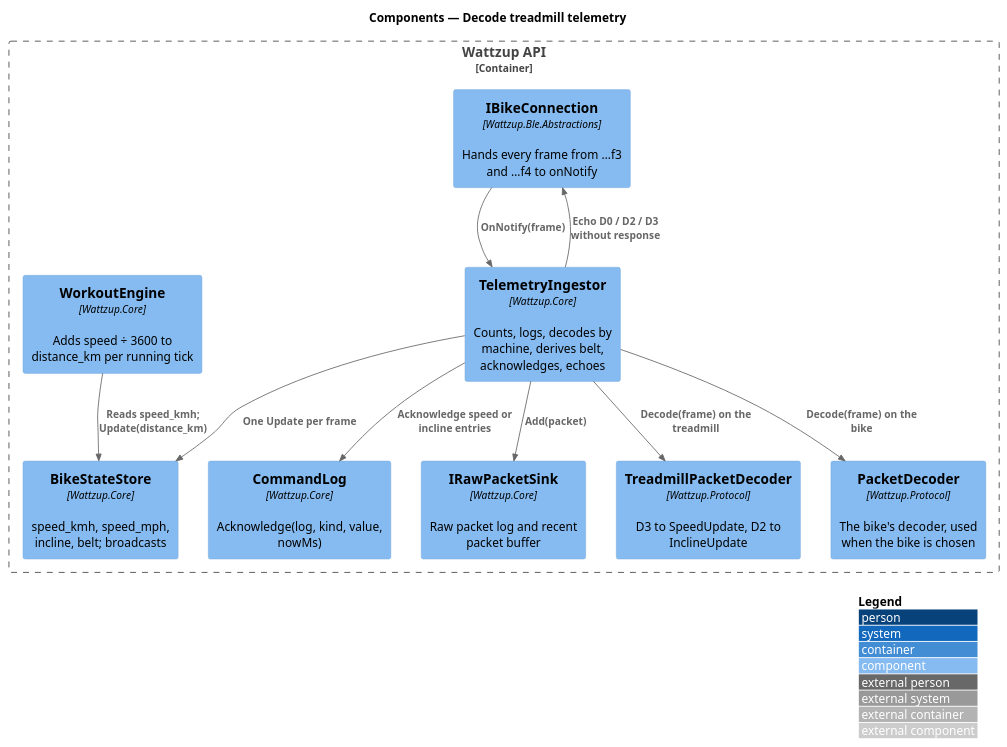
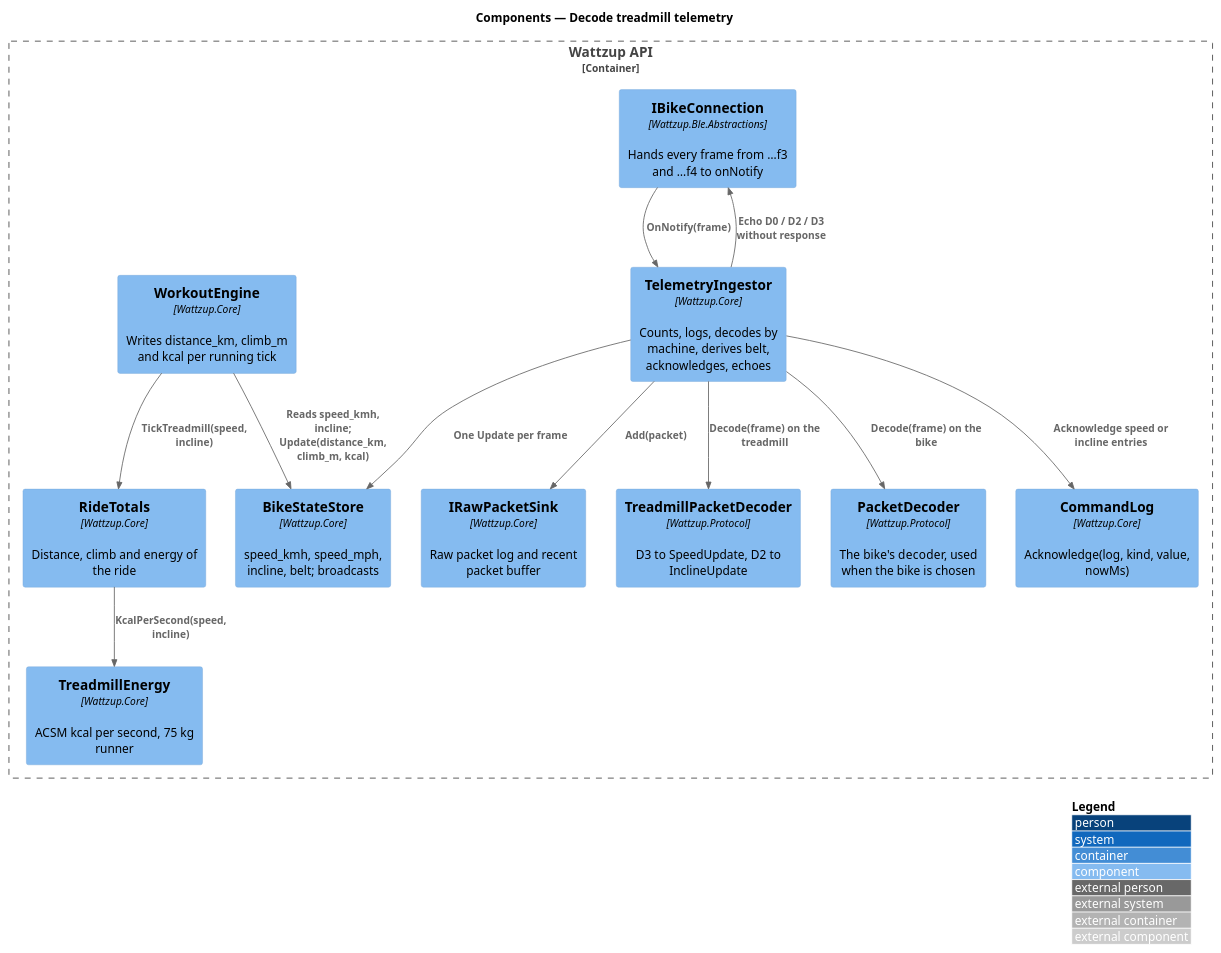
One commit to QuinntyneBrown/ride-one changed the diagram in docs/detailed-designs/treadmill/decode-treadmill-telemetry/diagrams/c4-component.puml. Above: the diagram before and after it, drawn with PlantUML. The commit also changed 151 other files, not shown here.

```diff
--- a/docs/detailed-designs/treadmill/decode-treadmill-telemetry/diagrams/c4-component.puml
+++ b/docs/detailed-designs/treadmill/decode-treadmill-telemetry/diagrams/c4-component.puml
@@ -1,25 +1,29 @@
 @startuml
 !include <C4/C4_Component>
 LAYOUT_WITH_LEGEND()
 title Components — Decode treadmill telemetry
 
 Container_Boundary(api, "Wattzup API") {
   Component(conn, "IBikeConnection", "Wattzup.Ble.Abstractions", "Hands every frame from …f3 and …f4 to onNotify")
   Component(ingest, "TelemetryIngestor", "Wattzup.Core", "Counts, logs, decodes by machine, derives belt, acknowledges, echoes")
   Component(dec, "TreadmillPacketDecoder", "Wattzup.Protocol", "D3 to SpeedUpdate, D2 to InclineUpdate")
   Component(bikeDec, "PacketDecoder", "Wattzup.Protocol", "The bike's decoder, used when the bike is chosen")
   Component(log, "CommandLog", "Wattzup.Core", "Acknowledge(log, kind, value, nowMs)")
   Component(sinks, "IRawPacketSink", "Wattzup.Core", "Raw packet log and recent packet buffer")
   Component(store, "BikeStateStore", "Wattzup.Core", "speed_kmh, speed_mph, incline, belt; broadcasts")
-  Component(engine, "WorkoutEngine", "Wattzup.Core", "Adds speed ÷ 3600 to distance_km per running tick")
+  Component(engine, "WorkoutEngine", "Wattzup.Core", "Writes distance_km, climb_m and kcal per running tick")
+  Component(totals, "RideTotals", "Wattzup.Core", "Distance, climb and energy of the ride")
+  Component(energy, "TreadmillEnergy", "Wattzup.Core", "ACSM kcal per second, 75 kg runner")
 }
 
 Rel(conn, ingest, "OnNotify(frame)")
 Rel(ingest, sinks, "Add(packet)")
 Rel(ingest, dec, "Decode(frame) on the treadmill")
 Rel(ingest, bikeDec, "Decode(frame) on the bike")
 Rel(ingest, log, "Acknowledge speed or incline entries")
 Rel(ingest, store, "One Update per frame")
 Rel(ingest, conn, "Echo D0 / D2 / D3 without response")
-Rel(engine, store, "Reads speed_kmh; Update(distance_km)")
+Rel(engine, store, "Reads speed_kmh, incline; Update(distance_km, climb_m, kcal)")
+Rel(engine, totals, "TickTreadmill(speed, incline)")
+Rel(totals, energy, "KcalPerSecond(speed, incline)")
 @enduml
```
